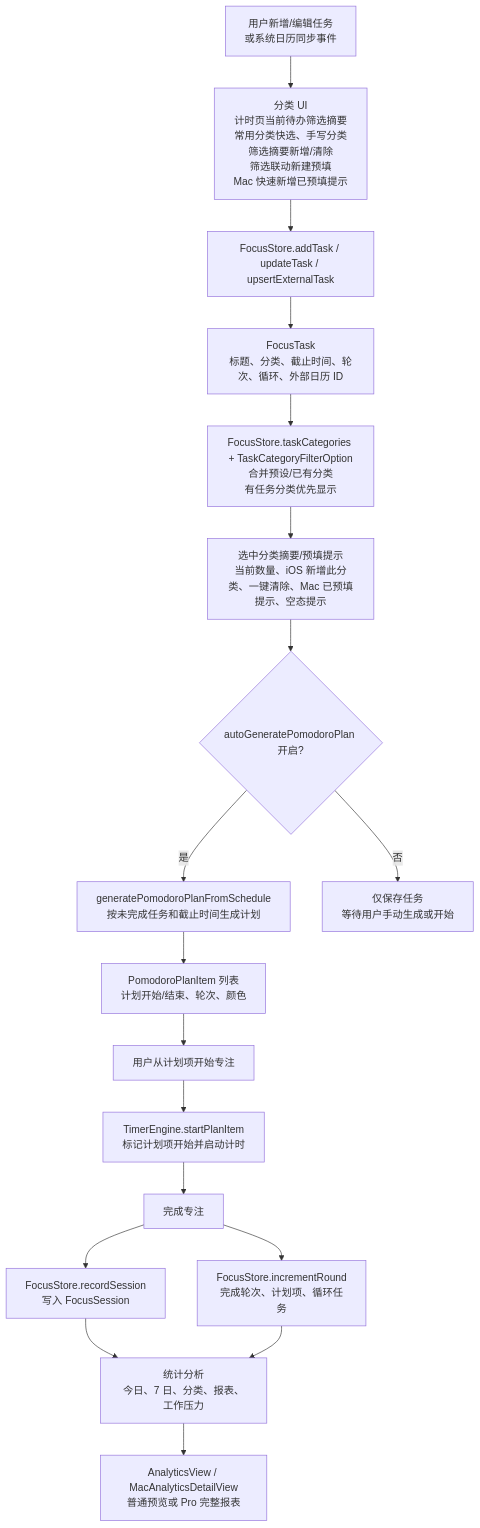
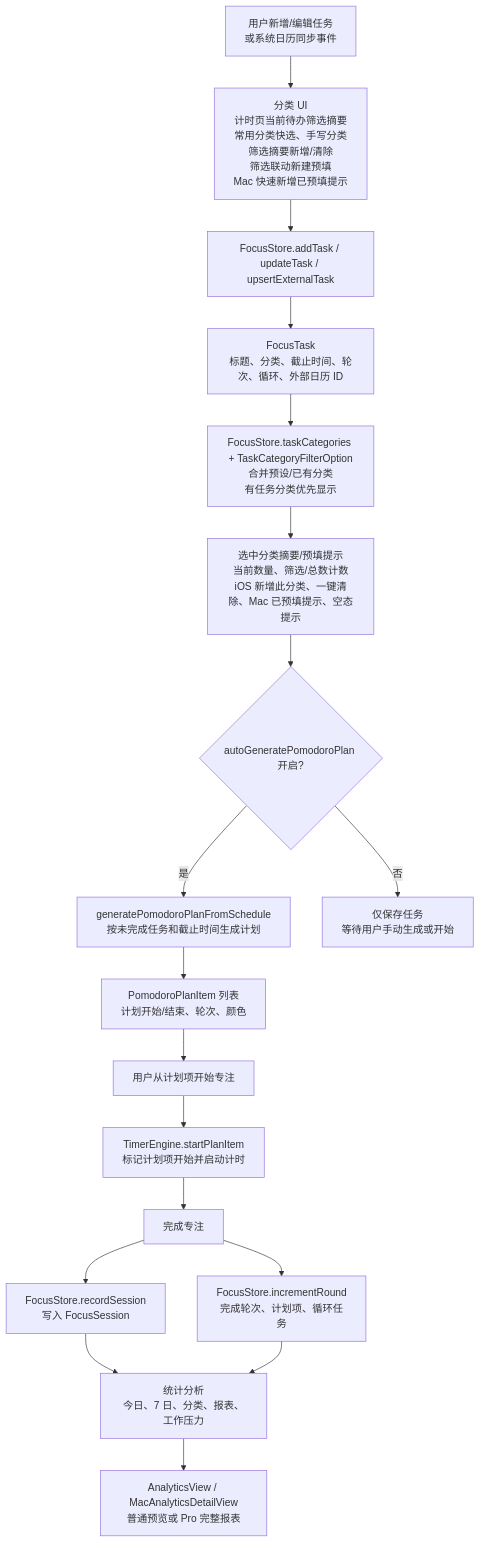
The third of 6 diagrams in md/flow/flowchart.md (Altman-sam114/114), drawn with Mermaid before and after one commit. The commit also changed 7 other files, not shown here.

````diff
--- a/md/flow/flowchart.md
+++ b/md/flow/flowchart.md
@@ -63,20 +63,20 @@
 ```mermaid
 flowchart TD
   A["用户新增/编辑任务<br/>或系统日历同步事件"] --> P0["分类 UI<br/>计时页当前待办筛选摘要<br/>常用分类快选、手写分类<br/>筛选摘要新增/清除<br/>筛选联动新建预填<br/>Mac 快速新增已预填提示"]
   P0 --> B["FocusStore.addTask / updateTask / upsertExternalTask"]
   B --> C["FocusTask<br/>标题、分类、截止时间、轮次、循环、外部日历 ID"]
   C --> C2["FocusStore.taskCategories + TaskCategoryFilterOption<br/>合并预设/已有分类<br/>有任务分类优先显示"]
-  C2 --> C3["选中分类摘要/预填提示<br/>当前数量、iOS 新增此分类、一键清除、Mac 已预填提示、空态提示"]
+  C2 --> C3["选中分类摘要/预填提示<br/>当前数量、筛选/总数计数<br/>iOS 新增此分类、一键清除、Mac 已预填提示、空态提示"]
   C3 --> D{"autoGeneratePomodoroPlan 开启?"}
   D -->|是| E["generatePomodoroPlanFromSchedule<br/>按未完成任务和截止时间生成计划"]
   D -->|否| F["仅保存任务<br/>等待用户手动生成或开始"]
   E --> G["PomodoroPlanItem 列表<br/>计划开始/结束、轮次、颜色"]
   G --> H["用户从计划项开始专注"]
   H --> I["TimerEngine.startPlanItem<br/>标记计划项开始并启动计时"]
   I --> J["完成专注"]
   J --> K["FocusStore.incrementRound<br/>完成轮次、计划项、循环任务"]
   J --> L["FocusStore.recordSession<br/>写入 FocusSession"]
   L --> M["统计分析<br/>今日、7 日、分类、报表、工作压力"]
   K --> M
   M --> N["AnalyticsView / MacAnalyticsDetailView<br/>普通预览或 Pro 完整报表"]
 ```
````
